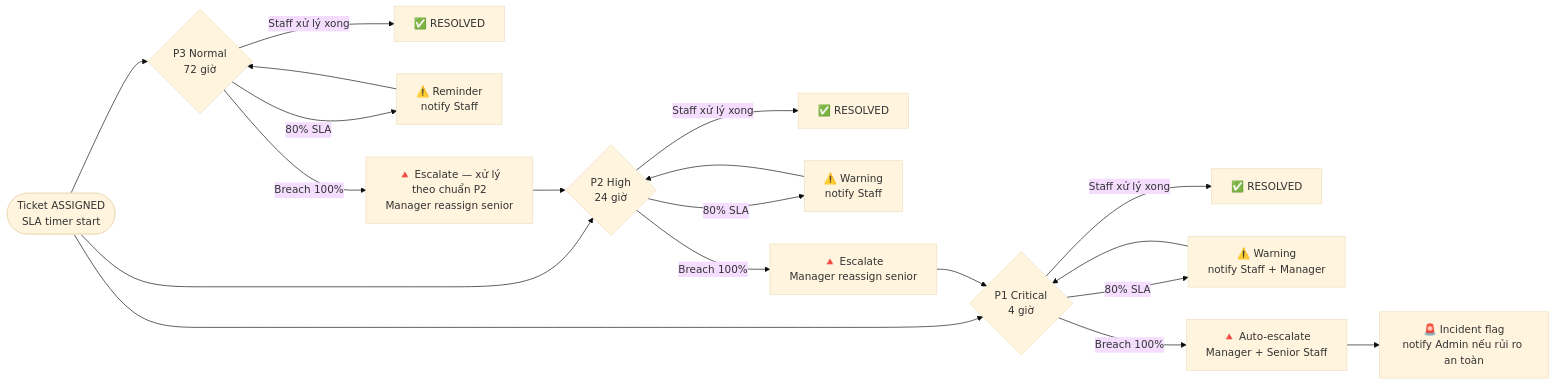
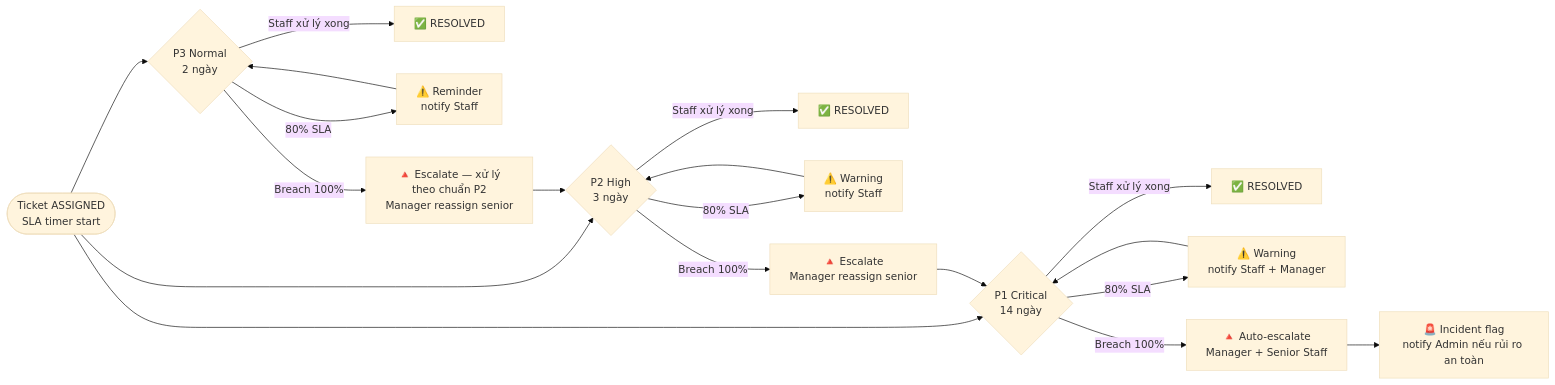
One commit to GSU26SE55/backend changed the fourth of 8 diagrams in .claude/docs/core-business-flow.md. Above: the diagram before and after it, drawn with Mermaid (base theme). The commit also changed other lines of this file and 21 other files, not shown here.

````diff
--- a/.claude/docs/core-business-flow.md
+++ b/.claude/docs/core-business-flow.md
@@ -321,26 +321,26 @@
 ```mermaid
 flowchart LR
     Start([Ticket ASSIGNED<br/>SLA timer start])
 
-    Start --> P1{P1 Critical<br/>4 giờ}
+    Start --> P1{P1 Critical<br/>14 ngày}
     P1 -->|Staff xử lý xong| OK1[✅ RESOLVED]
     P1 -->|80% SLA| W1[⚠️ Warning<br/>notify Staff + Manager]
     W1 --> P1
     P1 -->|Breach 100%| E1[🔺 Auto-escalate<br/>Manager + Senior Staff]
 
-    Start --> P2{P2 High<br/>24 giờ}
+    Start --> P2{P2 High<br/>3 ngày}
     P2 -->|Staff xử lý xong| OK2[✅ RESOLVED]
     P2 -->|80% SLA| W2[⚠️ Warning<br/>notify Staff]
     W2 --> P2
     P2 -->|Breach 100%| E2[🔺 Escalate<br/>Manager reassign senior]
 
-    Start --> P3{P3 Normal<br/>72 giờ}
+    Start --> P3{P3 Normal<br/>2 ngày}
     P3 -->|Staff xử lý xong| OK3[✅ RESOLVED]
     P3 -->|80% SLA| W3[⚠️ Reminder<br/>notify Staff]
     W3 --> P3
     P3 -->|Breach 100%| E3[🔺 Escalate — xử lý<br/>theo chuẩn P2<br/>Manager reassign senior]
 
     E1 --> Critical[🚨 Incident flag<br/>notify Admin nếu rủi ro an toàn]
     E2 --> P1
     E3 --> P2
 ```
````
